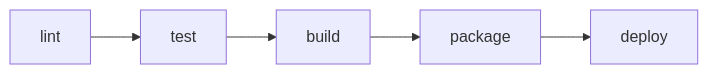
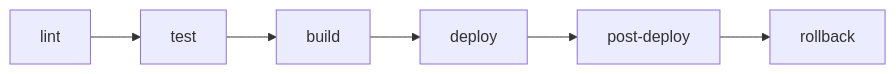
One commit to dowardev/portafolio changed the diagram in DEPLOY.md. Above: the diagram before and after it, drawn with Mermaid. The commit also changed other lines of this file, not shown here.

First line of the commit message:
docs(deploy): sync DEPLOY.md with current pipeline (drop legacy package stage)

````diff
--- a/DEPLOY.md
+++ b/DEPLOY.md
@@ -284,4 +284,4 @@
 ```mermaid
 graph LR
-    L[lint] --> T[test] --> B[build] --> P[package] --> D[deploy]
+    L[lint] --> T[test] --> B[build] --> D[deploy] --> PD[post-deploy] --> R[rollback]
 ```
````
